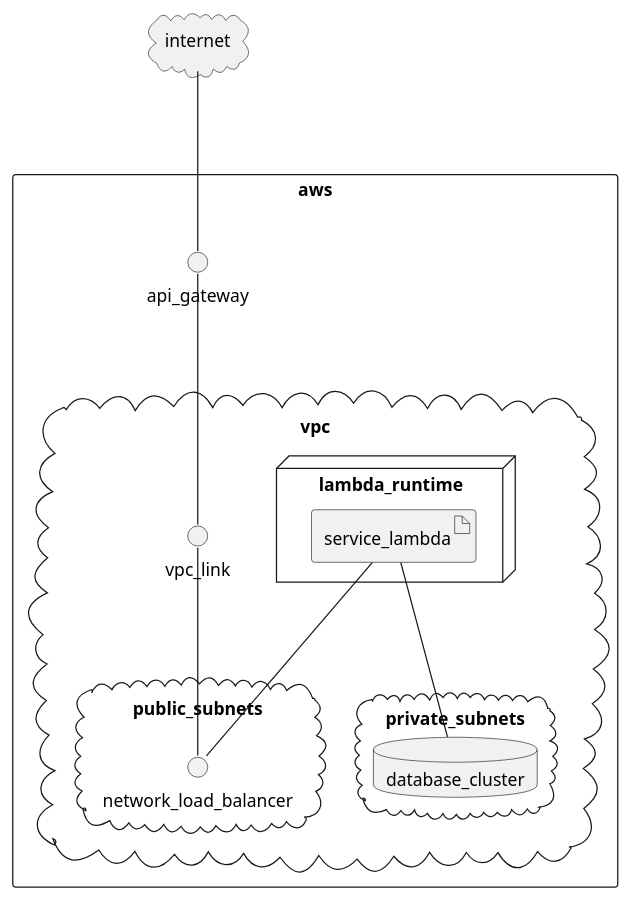
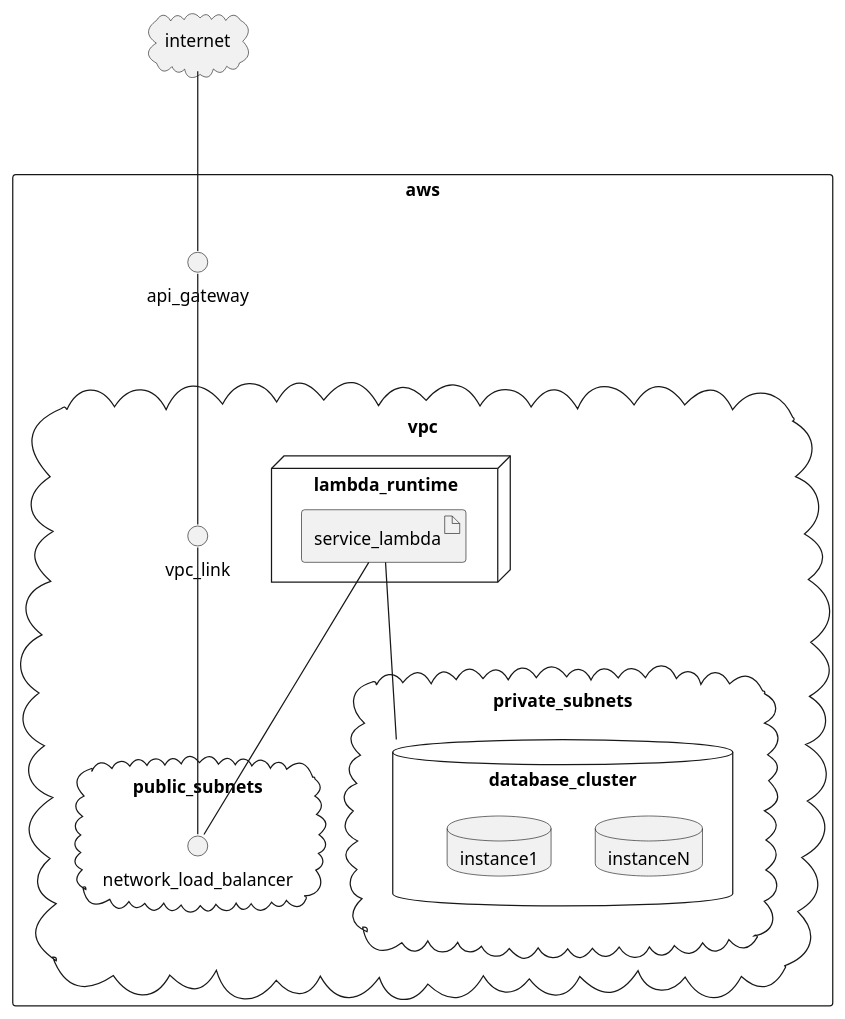
Before and after one commit to atl-tw/etwg-sample: the diagram in docs/infrastructure-physical.puml, drawn with PlantUML. The commit also changed 19 other files, not shown here.

```diff
--- a/docs/infrastructure-physical.puml
+++ b/docs/infrastructure-physical.puml
@@ -1,25 +1,29 @@
 @startuml
 cloud internet
 rectangle aws {
     interface api_gateway
     cloud vpc {
         interface vpc_link
         cloud public_subnets {
             interface network_load_balancer
         }
         cloud private_subnets {
-            database database_cluster
+            database database_cluster {
+                database instanceN
+                database instance1
+
+            }
         }
 
         node lambda_runtime {
             artifact service_lambda
         }
     }
 }
 
 internet --- api_gateway
 api_gateway --- vpc_link
 vpc_link --- network_load_balancer
 service_lambda --- network_load_balancer
 service_lambda --- database_cluster
 @enduml
```
